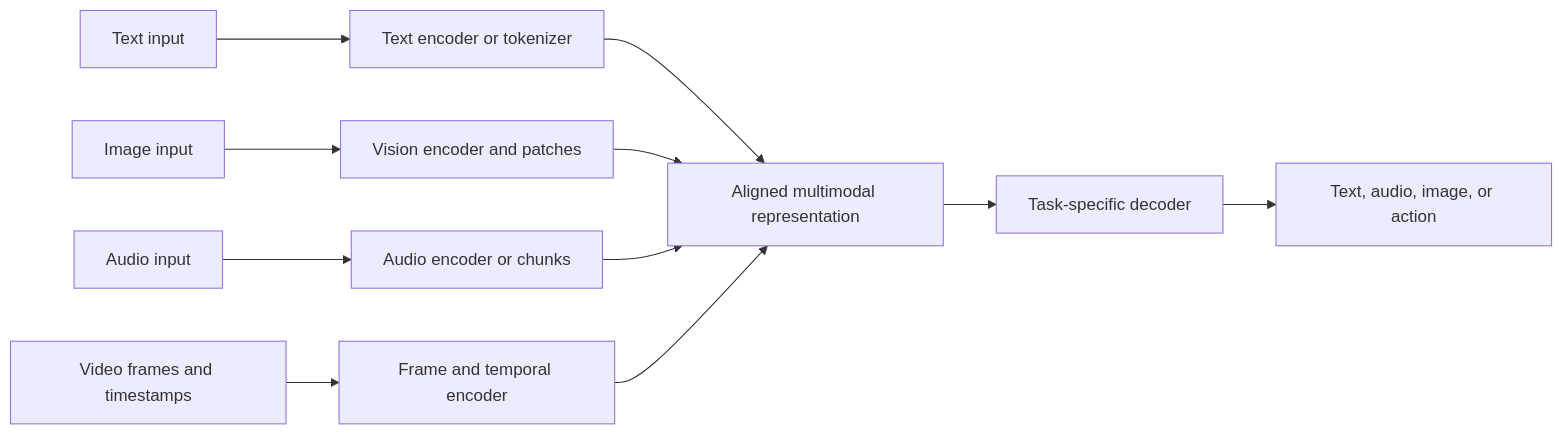
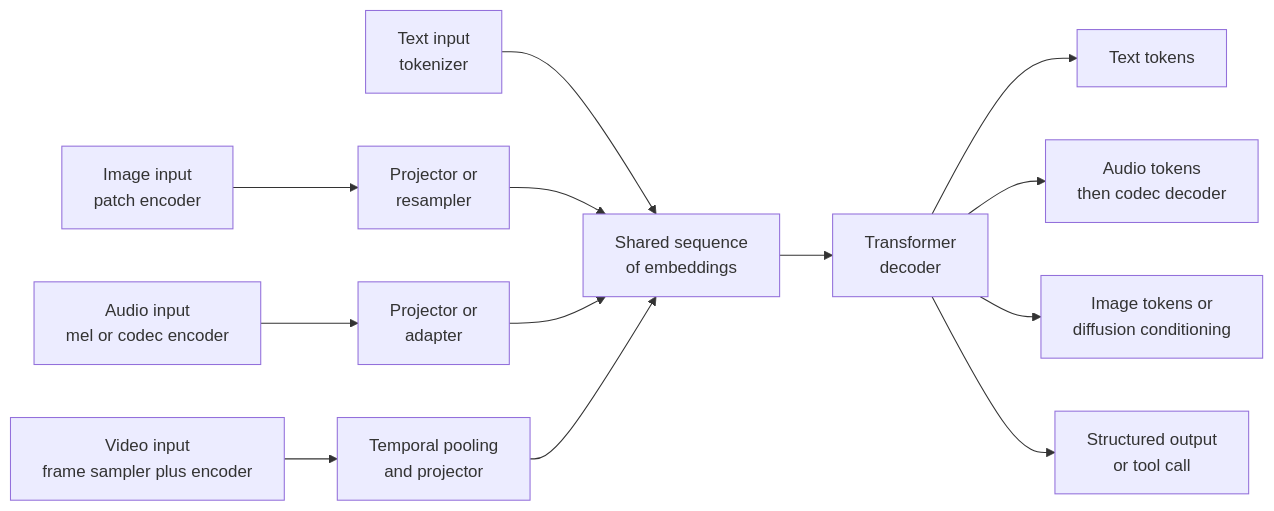
One commit to joydasss/Architect changed the first of 17 diagrams in 16_AI_and_GenAI/CH23_Multimodal_Generative_AI.md. Above: the diagram before and after it, drawn with Mermaid. The commit also changed other lines of this file and 295 other files, not shown here.

````diff
--- a/16_AI_and_GenAI/CH23_Multimodal_Generative_AI.md
+++ b/16_AI_and_GenAI/CH23_Multimodal_Generative_AI.md
@@ -11,13 +76,15 @@
 ```mermaid
 flowchart LR
-    Text[Text input] --> TextEncoder[Text encoder or tokenizer]
-    Image[Image input] --> VisionEncoder[Vision encoder and patches]
-    Audio[Audio input] --> AudioEncoder[Audio encoder or chunks]
-    Video[Video frames and timestamps] --> VideoEncoder[Frame and temporal encoder]
-    TextEncoder --> Shared[Aligned multimodal representation]
-    VisionEncoder --> Shared
-    AudioEncoder --> Shared
-    VideoEncoder --> Shared
-    Shared --> Decoder[Task-specific decoder]
-    Decoder --> Output[Text, audio, image, or action]
+    Text["Text input<br/>tokenizer"] --> Shared["Shared sequence<br/>of embeddings"]
+    Image["Image input<br/>patch encoder"] --> Proj1["Projector or<br/>resampler"]
+    Audio["Audio input<br/>mel or codec encoder"] --> Proj2["Projector or<br/>adapter"]
+    Video["Video input<br/>frame sampler plus encoder"] --> Proj3["Temporal pooling<br/>and projector"]
+    Proj1 --> Shared
+    Proj2 --> Shared
+    Proj3 --> Shared
+    Shared --> LM["Transformer<br/>decoder"]
+    LM --> TextOut["Text tokens"]
+    LM --> AudioOut["Audio tokens<br/>then codec decoder"]
+    LM --> ImageOut["Image tokens or<br/>diffusion conditioning"]
+    LM --> Action["Structured output<br/>or tool call"]
 ```
````
